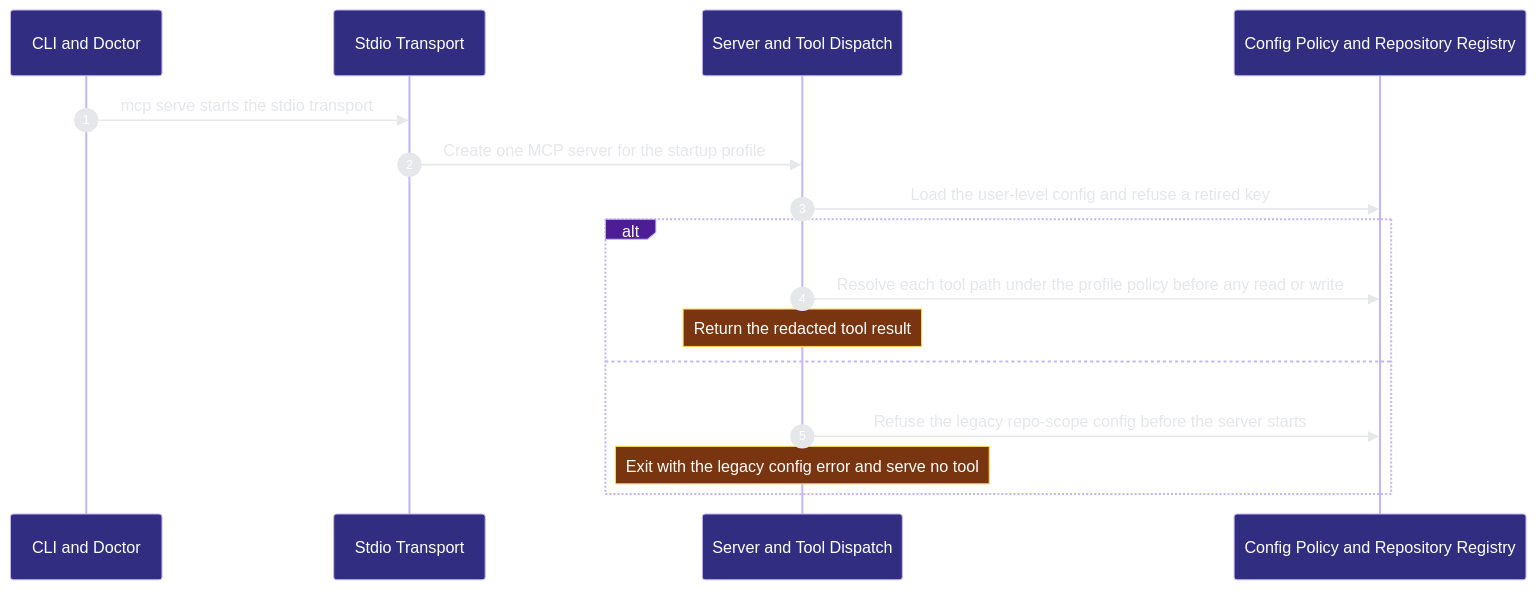
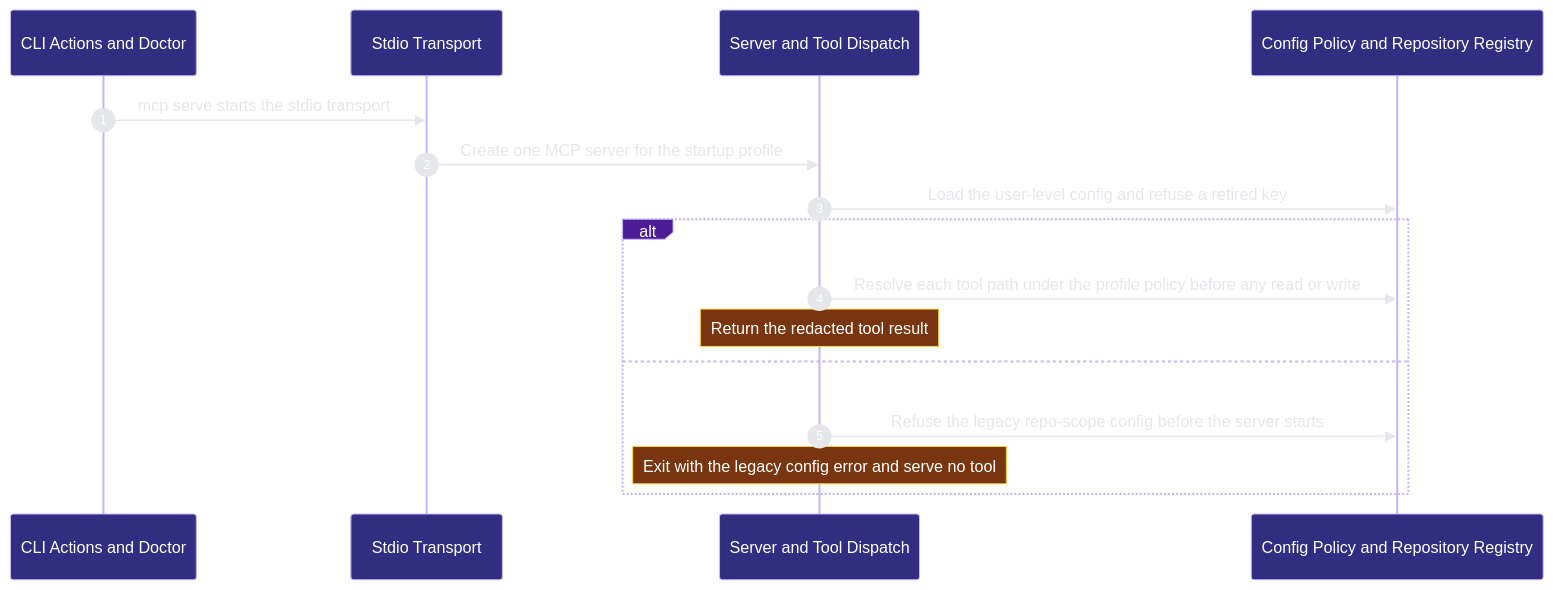
Before and after one commit to Ancienttwo/repo-harness: the third of 3 diagrams in docs/architecture/modules/runtime-harness/mcp-sidecar.md, drawn with Mermaid. The commit also changed other lines of this file and 19 other files, not shown here.

First line of the commit message:
chore(projection): refresh generated architecture outputs for main@5a92c31ccf98

````diff
--- a/docs/architecture/modules/runtime-harness/mcp-sidecar.md
+++ b/docs/architecture/modules/runtime-harness/mcp-sidecar.md
@@ -127,19 +123,19 @@
 ```mermaid
 %%{init: {"theme":"base","themeVariables":{"background":"#0d1117","actorBkg":"#312e81","actorBorder":"#c4b5fd","actorTextColor":"#ffffff","signalColor":"#e5e7eb","signalTextColor":"#e5e7eb","labelBoxBkgColor":"#4c1d95","labelBoxBorderColor":"#c4b5fd","labelTextColor":"#ffffff","noteBkgColor":"#78350f","noteBorderColor":"#fcd34d","noteTextColor":"#ffffff","sequenceNumberColor":"#ffffff"}}}%%
 sequenceDiagram
   autonumber
-  participant p2_cli_a1122746 as CLI and Doctor
+  participant p2_cli_a1122746 as CLI Actions and Doctor
   participant p2_transport_b44b7535 as Stdio Transport
   participant p2_dispatch_8a0cbd63 as Server and Tool Dispatch
   participant p2_policy_17ad92e6 as Config Policy and Repository Registry
   p2_cli_a1122746->>p2_transport_b44b7535: mcp serve starts the stdio transport
   p2_transport_b44b7535->>p2_dispatch_8a0cbd63: Create one MCP server for the startup profile
   p2_dispatch_8a0cbd63->>p2_policy_17ad92e6: Load the user-level config and refuse a retired key
   alt Tool call runs under the profile path policy
   p2_dispatch_8a0cbd63->>p2_policy_17ad92e6: Resolve each tool path under the profile policy before any read or write
     Note over p2_dispatch_8a0cbd63: Return the redacted tool result
   else Repository keeps a legacy repo-scope MCP config
   p2_dispatch_8a0cbd63->>p2_policy_17ad92e6: Refuse the legacy repo-scope config before the server starts
     Note over p2_dispatch_8a0cbd63: Exit with the legacy config error and serve no tool
   end
 ```
````
